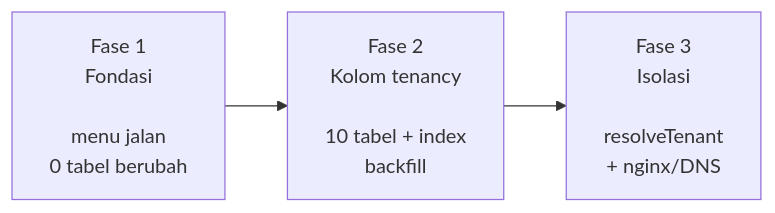
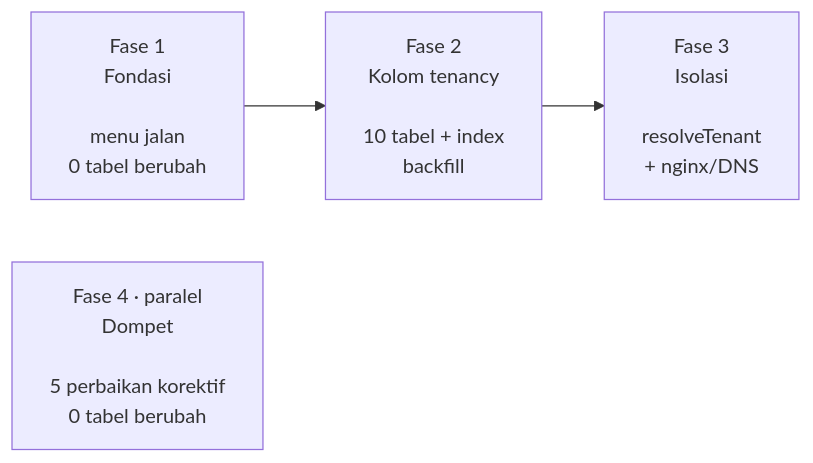
Before and after one commit to syahdew0/melody_template-generator: the fourth of 4 diagrams in ARSITEKTUR-TARGET-MULTITENANT.md, drawn with Mermaid. The commit also changed other lines of this file and 3 other files, not shown here.

````diff
--- a/ARSITEKTUR-TARGET-MULTITENANT.md
+++ b/ARSITEKTUR-TARGET-MULTITENANT.md
@@ -329,7 +345,8 @@
 ```mermaid
 flowchart LR
   F1["Fase 1<br/>Fondasi<br/><br/>menu jalan<br/>0 tabel berubah"]
   F2["Fase 2<br/>Kolom tenancy<br/><br/>10 tabel + index<br/>backfill"]
   F3["Fase 3<br/>Isolasi<br/><br/>resolveTenant<br/>+ nginx/DNS"]
+  F4["Fase 4 · paralel<br/>Dompet<br/><br/>5 perbaikan korektif<br/>0 tabel berubah"]
   F1 --> F2 --> F3
 ```
````
